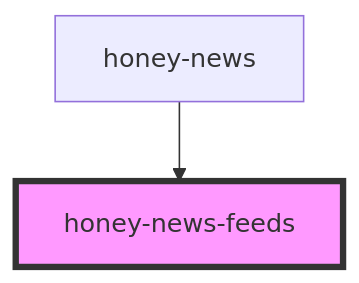
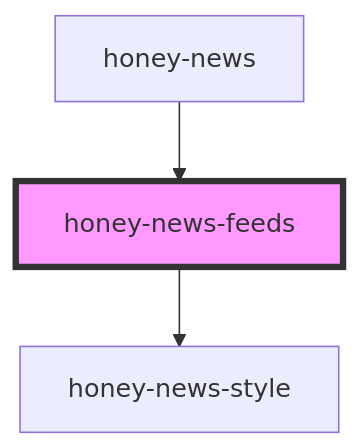
One commit to Huluvu424242/honey-news changed the diagram in src/components/honey-news/feeds/readme.md. Above: the diagram before and after it, drawn with Mermaid. The commit also changed other lines of this file and 30 other files, not shown here.

````diff
--- a/src/components/honey-news/feeds/readme.md
+++ b/src/components/honey-news/feeds/readme.md
@@ -22,5 +26,6 @@
 ```mermaid
 graph TD;
+  honey-news-feeds --> honey-news-style
   honey-news --> honey-news-feeds
   style honey-news-feeds fill:#f9f,stroke:#333,stroke-width:4px
 ```
````
